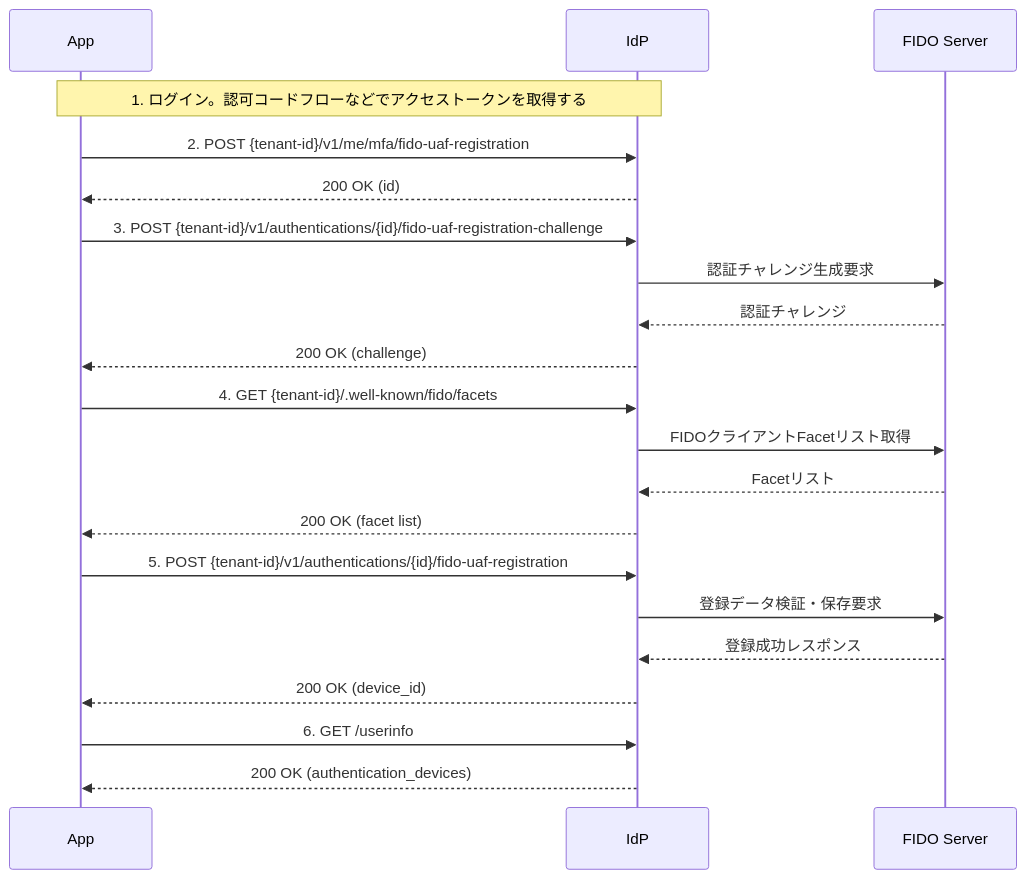
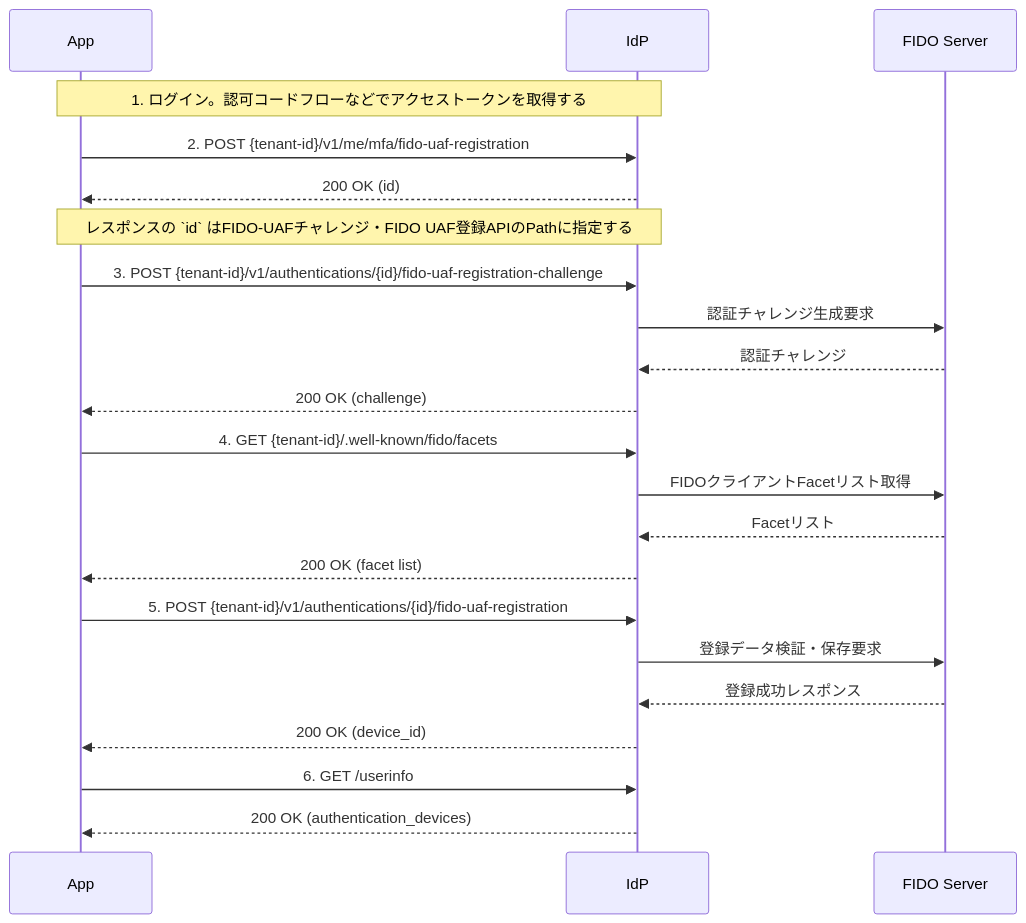
One commit to hirokazu-kobayashi-koba-hiro/idp-server changed the diagram in documentation/i18n/ja/docusaurus-plugin-content-docs/current/mfa-fido-uaf-registration.md. Above: the diagram before and after it, drawn with Mermaid. The commit also changed other lines of this file and 118 other files, not shown here.

````diff
--- a/documentation/i18n/ja/docusaurus-plugin-content-docs/current/mfa-fido-uaf-registration.md
+++ b/documentation/i18n/ja/docusaurus-plugin-content-docs/current/mfa-fido-uaf-registration.md
@@ -20,30 +20,25 @@
 ```mermaid
 sequenceDiagram
     participant App
     participant IdP
     participant FIDO as FIDO Server
-    
     note over App, IdP: 1. ログイン。認可コードフローなどでアクセストークンを取得する
-    
     App ->> IdP: 2. POST {tenant-id}/v1/me/mfa/fido-uaf-registration
     IdP -->> App: 200 OK (id)
-    
+    note over App, IdP: レスポンスの `id` はFIDO-UAFチャレンジ・FIDO UAF登録APIのPathに指定する
     App ->> IdP: 3. POST {tenant-id}/v1/authentications/{id}/fido-uaf-registration-challenge
     IdP ->> FIDO: 認証チャレンジ生成要求
     FIDO -->> IdP: 認証チャレンジ
     IdP -->> App: 200 OK (challenge)
-    
     App ->> IdP: 4. GET {tenant-id}/.well-known/fido/facets
     IdP ->> FIDO: FIDOクライアントFacetリスト取得
     FIDO -->> IdP: Facetリスト
     IdP -->> App: 200 OK (facet list)
-    
     App ->> IdP: 5. POST {tenant-id}/v1/authentications/{id}/fido-uaf-registration
     IdP ->> FIDO: 登録データ検証・保存要求
     FIDO -->> IdP: 登録成功レスポンス
     IdP -->> App: 200 OK (device_id)
-    
     App ->> IdP: 6. GET /userinfo
     IdP -->> App: 200 OK (authentication_devices)
 
 ```
````
